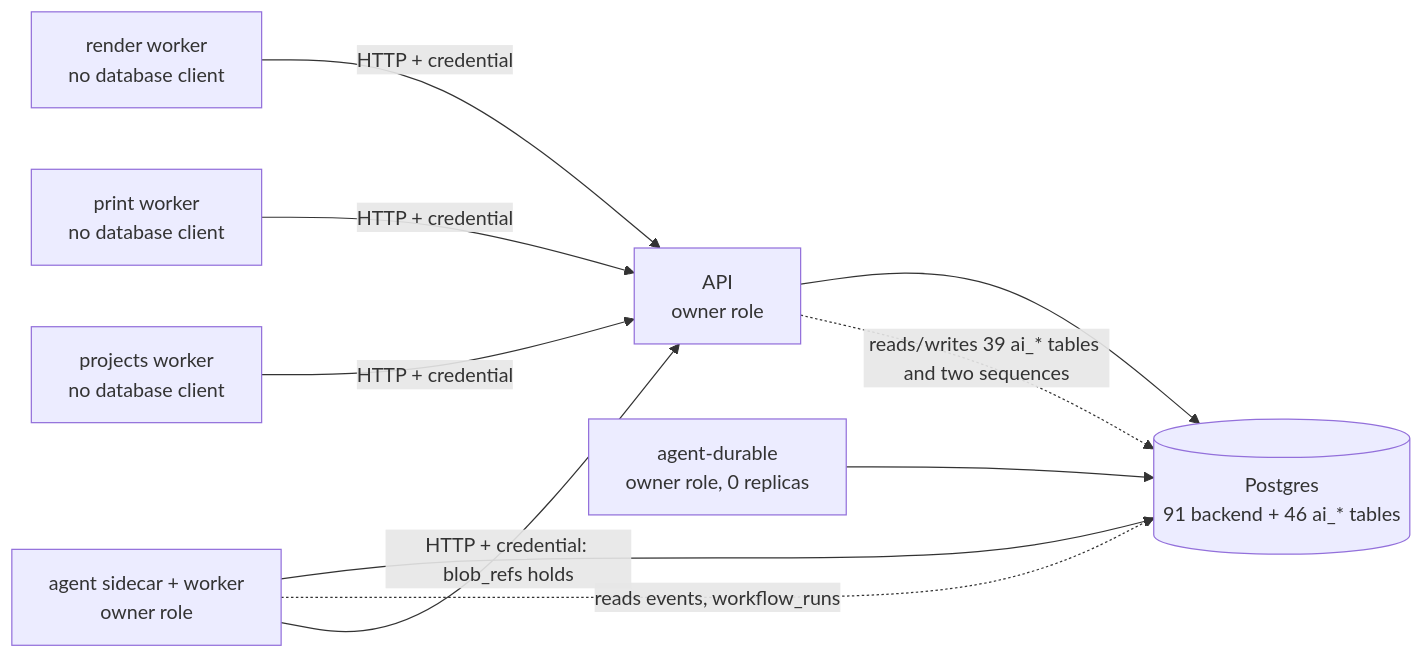
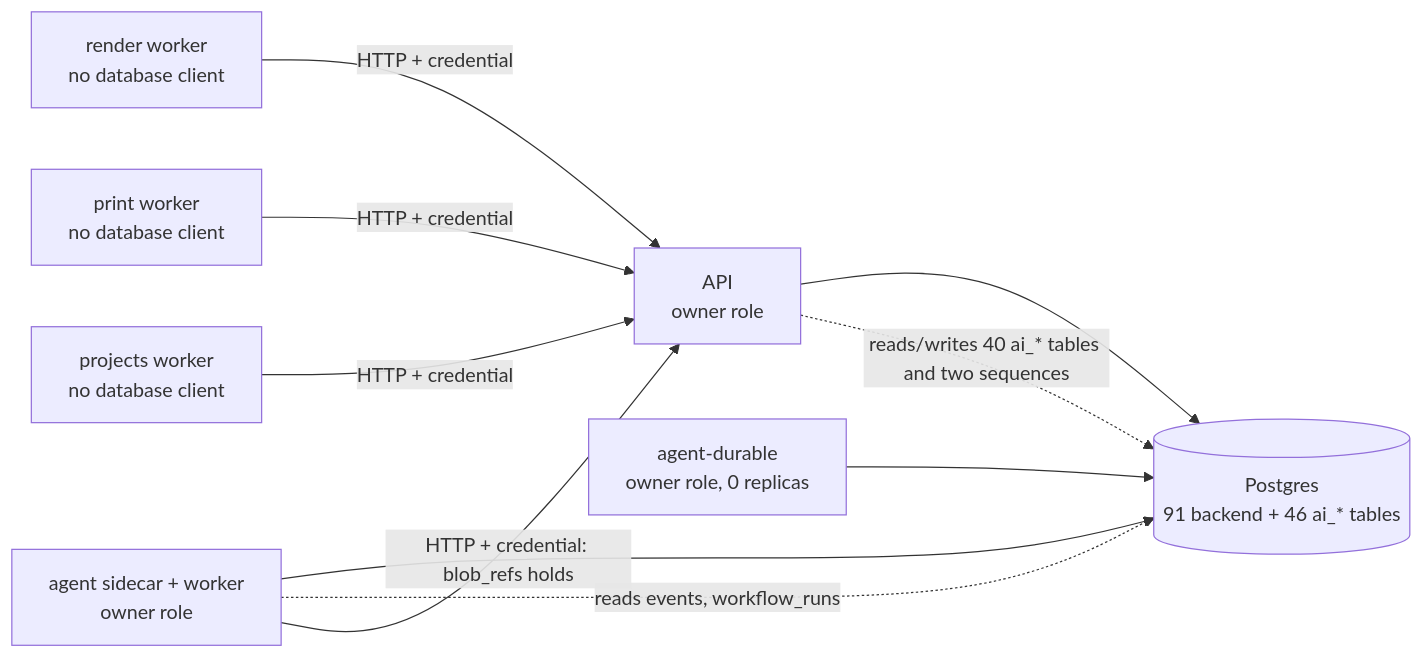
One commit to eh-homelab/ScadBuddy changed the first of 2 diagrams in docs/security/trust-boundaries.md. Above: the diagram before and after it, drawn with Mermaid. The commit also changed other lines of this file and 15 other files, not shown here.

````diff
--- a/docs/security/trust-boundaries.md
+++ b/docs/security/trust-boundaries.md
@@ -161,12 +161,12 @@
 ```mermaid
 flowchart LR
   API[API<br/>owner role] --> DB[(Postgres<br/>91 backend + 46 ai_* tables)]
   R[render worker<br/>no database client] -- HTTP + credential --> API
   P[print worker<br/>no database client] -- HTTP + credential --> API
   J[projects worker<br/>no database client] -- HTTP + credential --> API
   A[agent sidecar + worker<br/>owner role] --> DB
   D[agent-durable<br/>owner role, 0 replicas] --> DB
-  API -.reads/writes 39 ai_* tables and two sequences.-> DB
+  API -.reads/writes 40 ai_* tables and two sequences.-> DB
   A -.reads events, workflow_runs.-> DB
   A -- HTTP + credential: blob_refs holds --> API
 ```
````
